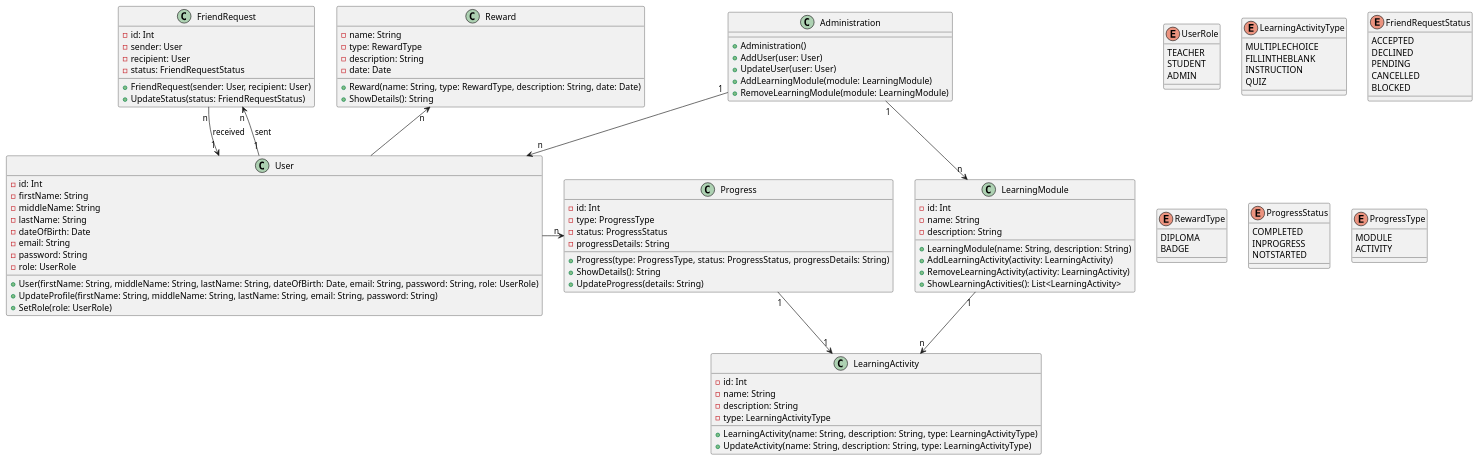
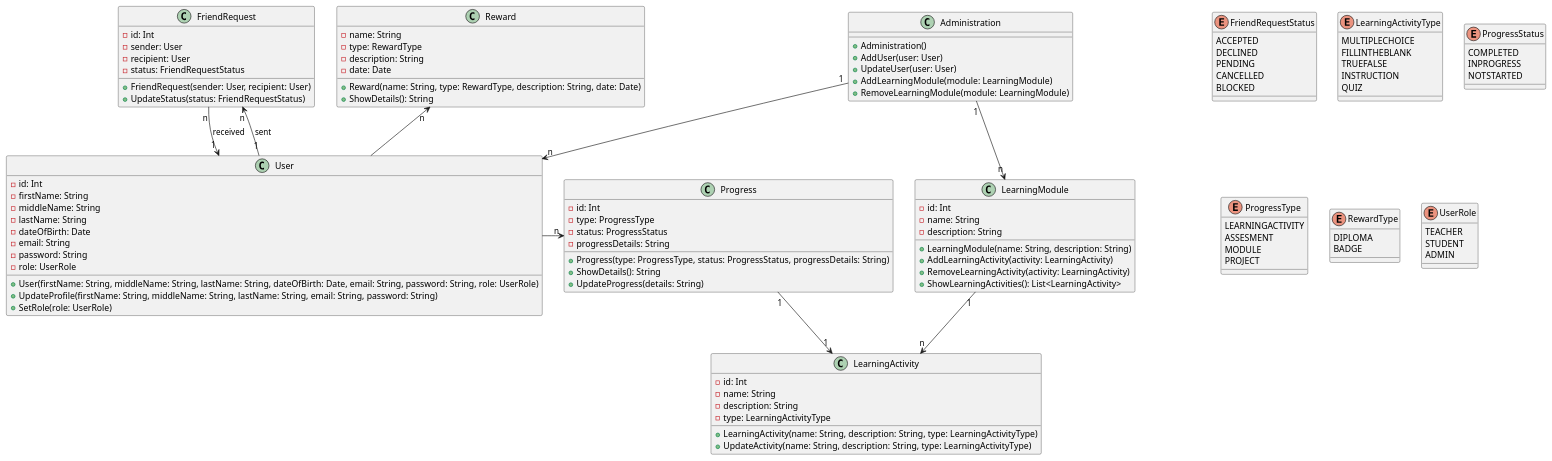
The diagram in doc/classdiagram.puml (janvanhest/ap2-cmk), drawn with PlantUML before and after one commit.

Commit message:
Enums and Classes are updated and set to alfabetic order in classdiagram.

```diff
--- a/doc/classdiagram.puml
+++ b/doc/classdiagram.puml
@@ -1,124 +1,126 @@
 @startuml
-
-enum UserRole {
-    TEACHER
-    STUDENT
-    ADMIN
-}
-enum LearningActivityType {
-    MULTIPLECHOICE
-    FILLINTHEBLANK
-    INSTRUCTION
-    QUIZ
-}
 
 enum FriendRequestStatus {
     ACCEPTED
     DECLINED
     PENDING
     CANCELLED
     BLOCKED
 }
 
-enum RewardType {
-    DIPLOMA
-    BADGE
+enum LearningActivityType {
+    MULTIPLECHOICE
+    FILLINTHEBLANK
+    TRUEFALSE
+    INSTRUCTION
+    QUIZ
 }
 
 enum ProgressStatus {
     COMPLETED
     INPROGRESS
     NOTSTARTED
 }
 
 enum ProgressType {
+    LEARNINGACTIVITY
+    ASSESMENT
     MODULE
-    ACTIVITY
+    PROJECT
+}
+
+enum RewardType {
+    DIPLOMA
+    BADGE
+}
+
+enum UserRole {
+    TEACHER
+    STUDENT
+    ADMIN
 }
 
 class Administration {
     + Administration()
     + AddUser(user: User)
     + UpdateUser(user: User)
     + AddLearningModule(module: LearningModule)
     + RemoveLearningModule(module: LearningModule)
+}
+
+class FriendRequest {
+    - id: Int
+    - sender: User
+    - recipient: User
+    - status: FriendRequestStatus
+    +FriendRequest(sender: User, recipient: User)
+    +UpdateStatus(status: FriendRequestStatus)
+}
+
+class LearningActivity {
+    -id: Int
+    -name: String
+    -description: String
+    -type: LearningActivityType
+    +LearningActivity(name: String, description: String, type: LearningActivityType)
+    +UpdateActivity(name: String, description: String, type: LearningActivityType)
 }
 
 class LearningModule {
     -id: Int
     -name: String
     -description: String
     +LearningModule(name: String, description: String)
     +AddLearningActivity(activity: LearningActivity)
     +RemoveLearningActivity(activity: LearningActivity)
     +ShowLearningActivities(): List<LearningActivity>
 }
 
-
-class LearningActivity {
+class Progress {
     -id: Int
-    -name: String
-    -description: String
-    -type: LearningActivityType
-    +LearningActivity(name: String, description: String, type: LearningActivityType)
-    +UpdateActivity(name: String, description: String, type: LearningActivityType)
+    -type: ProgressType
+    -status: ProgressStatus
+    -progressDetails: String
+    +Progress(type: ProgressType, status: ProgressStatus, progressDetails: String)
+    +ShowDetails(): String
+    +UpdateProgress(details: String)
 }
 
+class Reward {
+    -name: String
+    -type: RewardType
+    -description: String
+    -date: Date
+    +Reward(name: String, type: RewardType, description: String, date: Date)
+    +ShowDetails(): String
+}
 
 class User {
     -id: Int
     -firstName: String
     -middleName: String
     -lastName: String
     -dateOfBirth: Date
     -email: String
     -password: String
     -role: UserRole
     +User(firstName: String, middleName: String, lastName: String, dateOfBirth: Date, email: String, password: String, role: UserRole)
     +UpdateProfile(firstName: String, middleName: String, lastName: String, email: String, password: String)
     +SetRole(role: UserRole)
-}
-
-class Reward {
-    -name: String
-    -type: RewardType
-    -description: String
-    -date: Date
-    +Reward(name: String, type: RewardType, description: String, date: Date)
-    +ShowDetails(): String
-}
-
-class FriendRequest {
-    - id: Int
-    - sender: User
-    - recipient: User
-    - status: FriendRequestStatus
-    +FriendRequest(sender: User, recipient: User)
-    +UpdateStatus(status: FriendRequestStatus)
-}
-
-class Progress {
-    -id: Int
-    -type: ProgressType
-    -status: ProgressStatus
-    -progressDetails: String
-    +Progress(type: ProgressType, status: ProgressStatus, progressDetails: String)
-    +ShowDetails(): String
-    +UpdateProgress(details: String)
 }
 
 Administration "1" -right-> "n" User
 Administration "1" -down-> "n" LearningModule
 
 User -up-> "n" Reward
 User -right-> "n" Progress
 
 User "1" -up-> "n" FriendRequest : sent
 User "1" <-up- "n" FriendRequest : received
 
 Progress "1" -down-> "1" LearningActivity
 
 LearningModule "1" --> "n" LearningActivity
 
 
 @enduml
```
